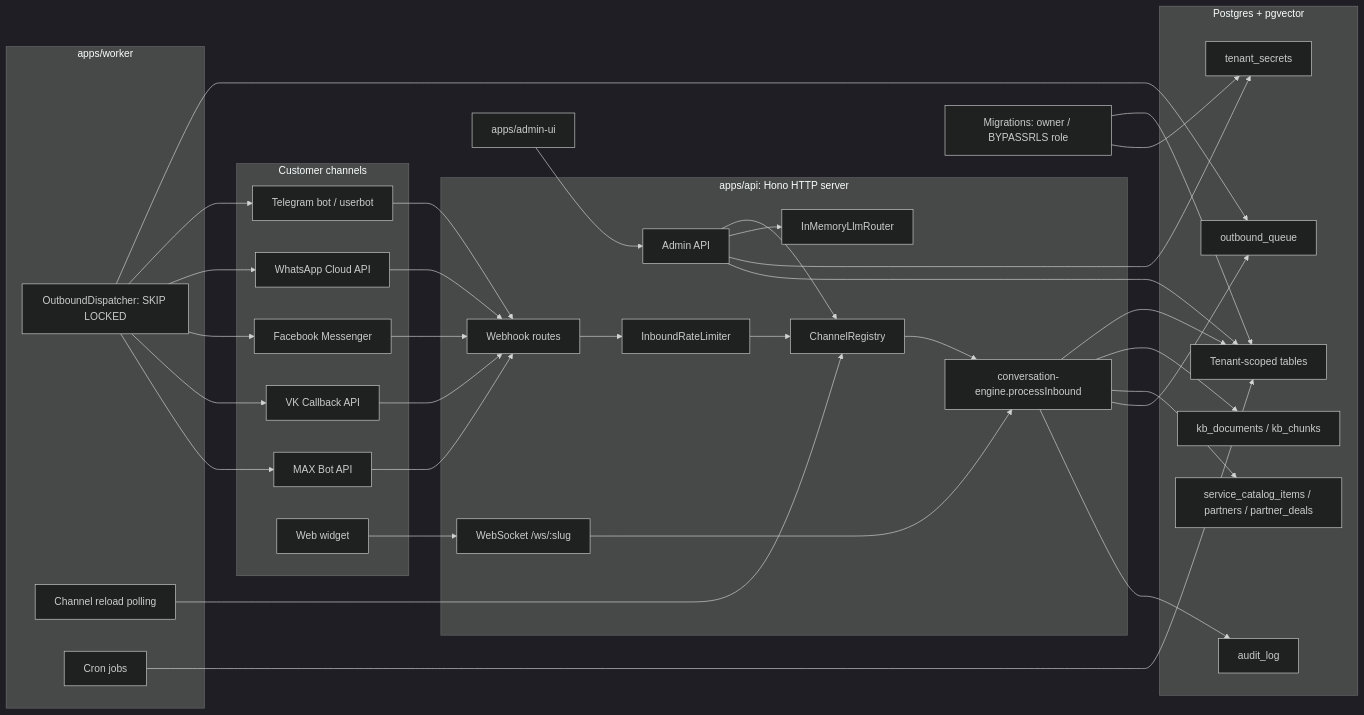
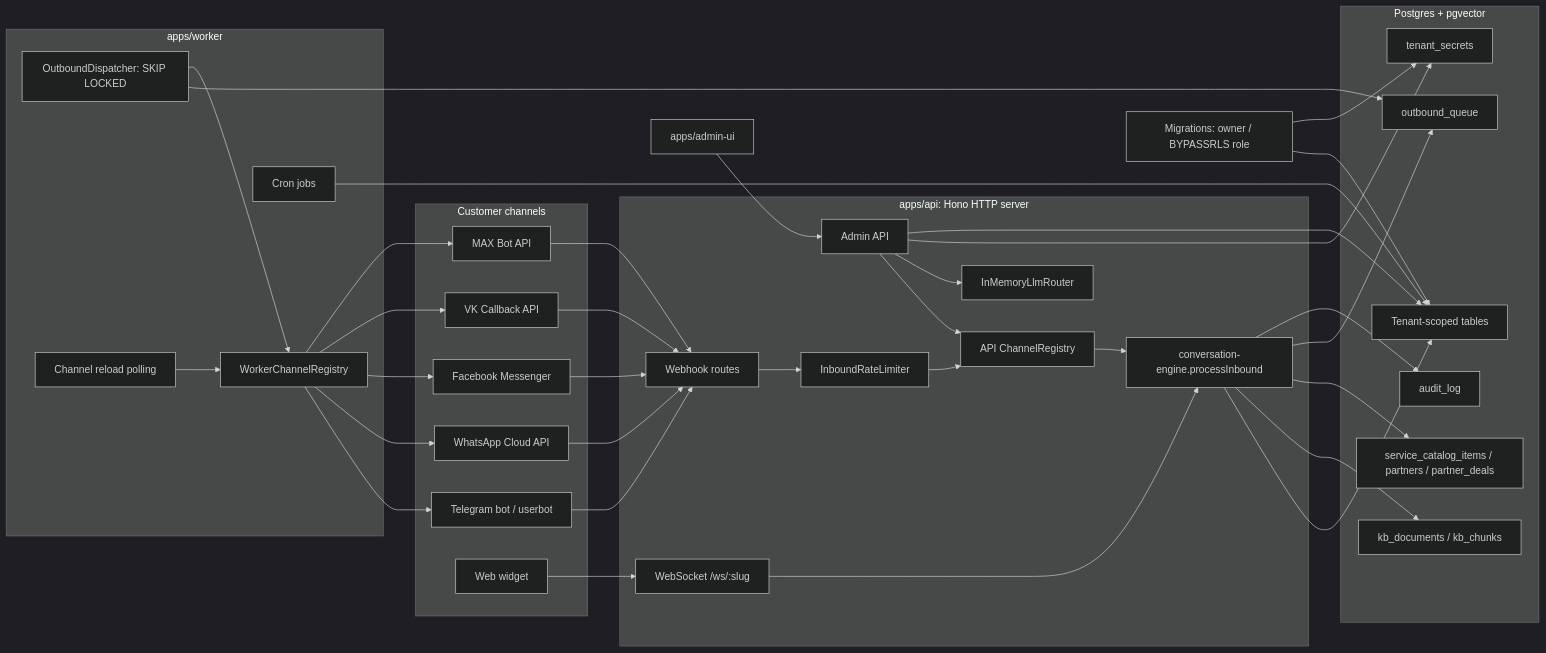
Before and after one commit to chatman-media/lead-engine: the first of 4 diagrams in docs/engineering/ARCHITECTURE.md, drawn with Mermaid (dark theme). The commit also changed other lines of this file and 10 other files, not shown here.

````diff
--- a/docs/engineering/ARCHITECTURE.md
+++ b/docs/engineering/ARCHITECTURE.md
@@ -74,72 +74,74 @@
 ```mermaid
 flowchart LR
   subgraph clients["Customer channels"]
     tg["Telegram bot / userbot"]
     wa["WhatsApp Cloud API"]
     fb["Facebook Messenger"]
     vk["VK Callback API"]
     mx["MAX Bot API"]
     web["Web widget"]
   end
 
   subgraph api["apps/api: Hono HTTP server"]
     wh["Webhook routes"]
     ws["WebSocket /ws/:slug"]
     adminApi["Admin API"]
-    registry["ChannelRegistry"]
+    apiRegistry["API ChannelRegistry"]
     llmRouter["InMemoryLlmRouter"]
     rateLimiter["InboundRateLimiter"]
     engine["conversation-engine.processInbound"]
   end
 
   subgraph db["Postgres + pgvector"]
     tenantData["Tenant-scoped tables"]
     kb["kb_documents / kb_chunks"]
     catalog["service_catalog_items / partners / partner_deals"]
     secrets["tenant_secrets"]
     queue["outbound_queue"]
     audit["audit_log"]
   end
 
   subgraph worker["apps/worker"]
+    workerRegistry["WorkerChannelRegistry"]
     dispatcher["OutboundDispatcher: SKIP LOCKED"]
     reload["Channel reload polling"]
     cron["Cron jobs"]
   end
 
   adminUi["apps/admin-ui"]
   migrations["Migrations: owner / BYPASSRLS role"]
 
   tg --> wh
   wa --> wh
   fb --> wh
   vk --> wh
   mx --> wh
   web --> ws
   adminUi --> adminApi
 
-  wh --> rateLimiter --> registry --> engine
+  wh --> rateLimiter --> apiRegistry --> engine
   ws --> engine
-  adminApi --> registry
+  adminApi --> apiRegistry
   adminApi --> llmRouter
 
   engine --> tenantData
   engine --> kb
   engine --> catalog
   engine --> queue
   engine --> audit
   adminApi --> secrets
   adminApi --> tenantData
 
   dispatcher --> queue
-  dispatcher --> tg
-  dispatcher --> wa
-  dispatcher --> fb
-  dispatcher --> vk
-  dispatcher --> mx
-  reload --> registry
+  dispatcher --> workerRegistry
+  workerRegistry --> tg
+  workerRegistry --> wa
+  workerRegistry --> fb
+  workerRegistry --> vk
+  workerRegistry --> mx
+  reload --> workerRegistry
   cron --> tenantData
 
   migrations --> tenantData
   migrations --> secrets
 ```
````
